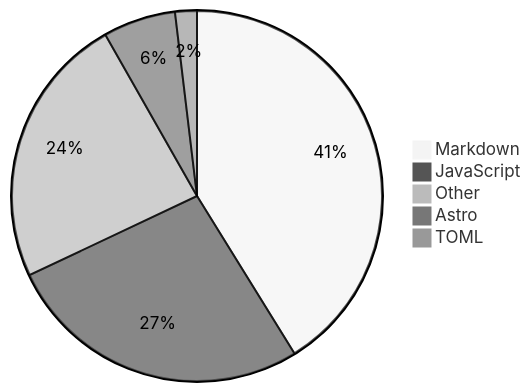
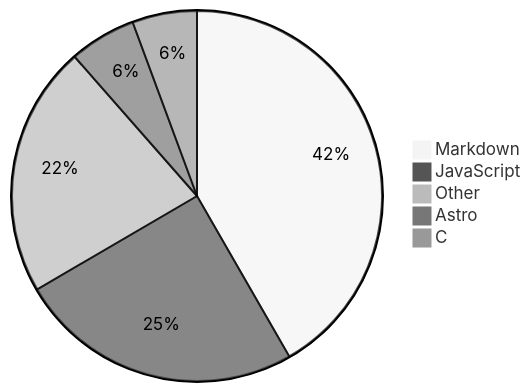
One commit to Alicia111/alicia111 changed the diagram in README.md. Above: the diagram before and after it, drawn with Mermaid (neutral theme).

Commit message:
Update WakaTime stats (・ω・)b

````diff
--- a/README.md
+++ b/README.md
@@ -32,8 +32,8 @@
 ```mermaid
 pie
-    "Markdown" : 39.66
-    "JavaScript" : 25.81
-    "Other" : 22.92
-    "Astro" : 6.09
-    "TOML" : 1.83
+    "Markdown" : 39.61
+    "JavaScript" : 23.65
+    "Other" : 20.84
+    "Astro" : 5.54
+    "C" : 5.36
 ```
````
